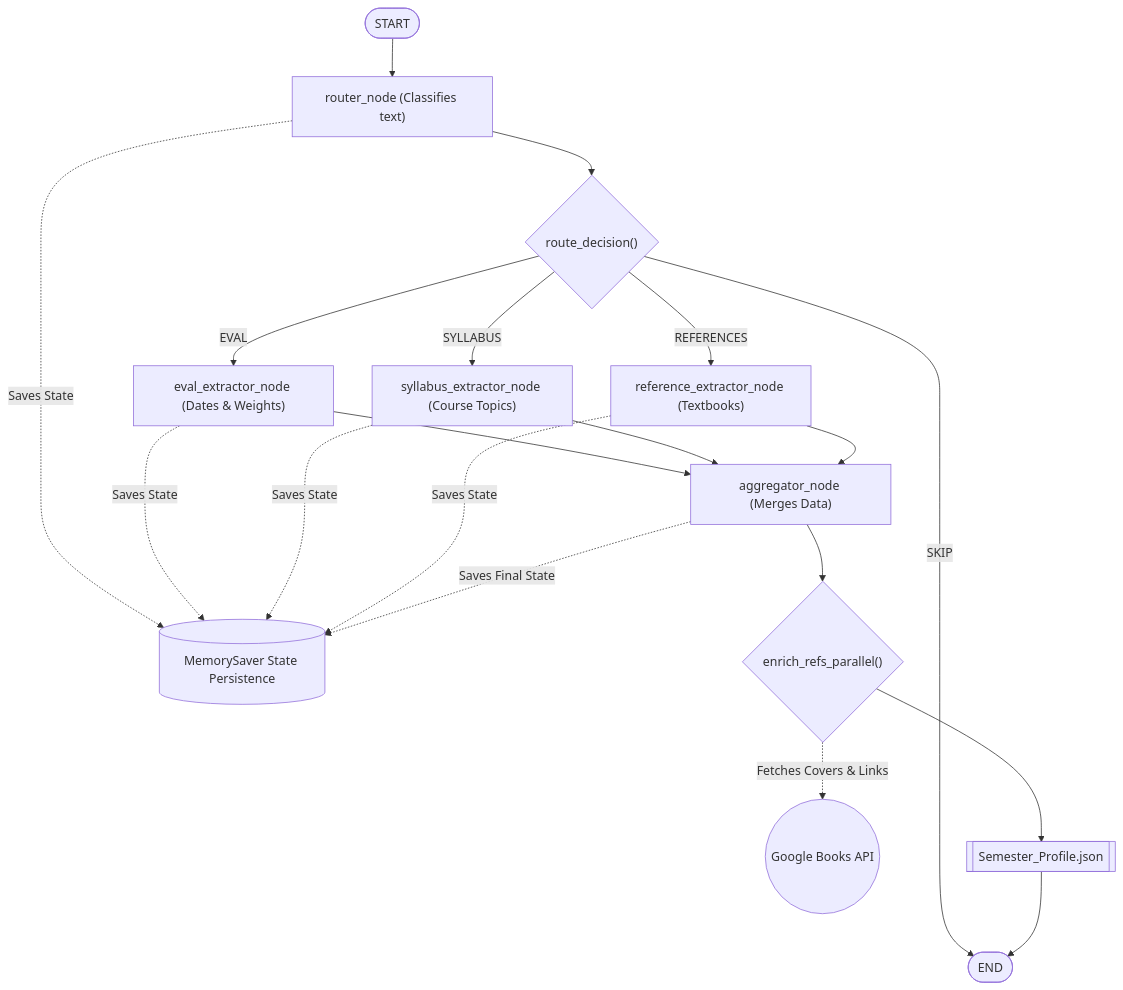
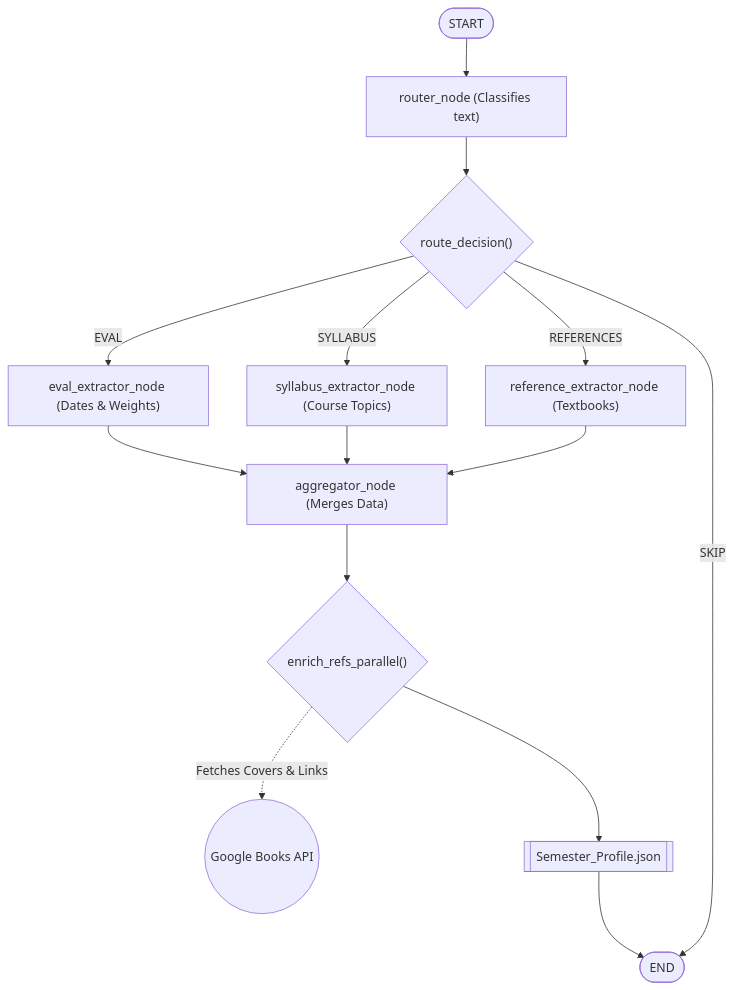
The diagram in README.md (BlazingFire27/Handout_to_Calender), drawn with Mermaid before and after one commit.

Commit message:
readme updated

````diff
--- a/README.md
+++ b/README.md
@@ -109,31 +109,23 @@
 ```mermaid
 flowchart TD
-    Checkpointer[(MemorySaver State Persistence)]
     GoogleBooks((Google Books API))
     JSONOut[[Semester_Profile.json]]
 
     START([START]) --> RouterNode["router_node (Classifies text)"]
 
     RouterNode --> RouteDecision{"route_decision()"}
 
     RouteDecision -- "EVAL" --> VisionEval["eval_extractor_node (Dates & Weights)"]
     RouteDecision -- "SYLLABUS" --> VisionSyllabus["syllabus_extractor_node (Course Topics)"]
     RouteDecision -- "REFERENCES" --> VisionReference["reference_extractor_node (Textbooks)"]
     RouteDecision -- "SKIP" --> END([END])
 
     VisionEval --> AggregatorNode["aggregator_node (Merges Data)"]
     VisionSyllabus --> AggregatorNode
     VisionReference --> AggregatorNode
 
     AggregatorNode --> PostProcess{"enrich_refs_parallel()"}
     PostProcess -. "Fetches Covers & Links" .-> GoogleBooks
     PostProcess --> JSONOut
     JSONOut --> END
-
-    %% Checkpointer connections to show state saving
-    RouterNode -. "Saves State" .-> Checkpointer
-    VisionEval -. "Saves State" .-> Checkpointer
-    VisionSyllabus -. "Saves State" .-> Checkpointer
-    VisionReference -. "Saves State" .-> Checkpointer
-    AggregatorNode -. "Saves Final State" .-> Checkpointer
 ```
````
